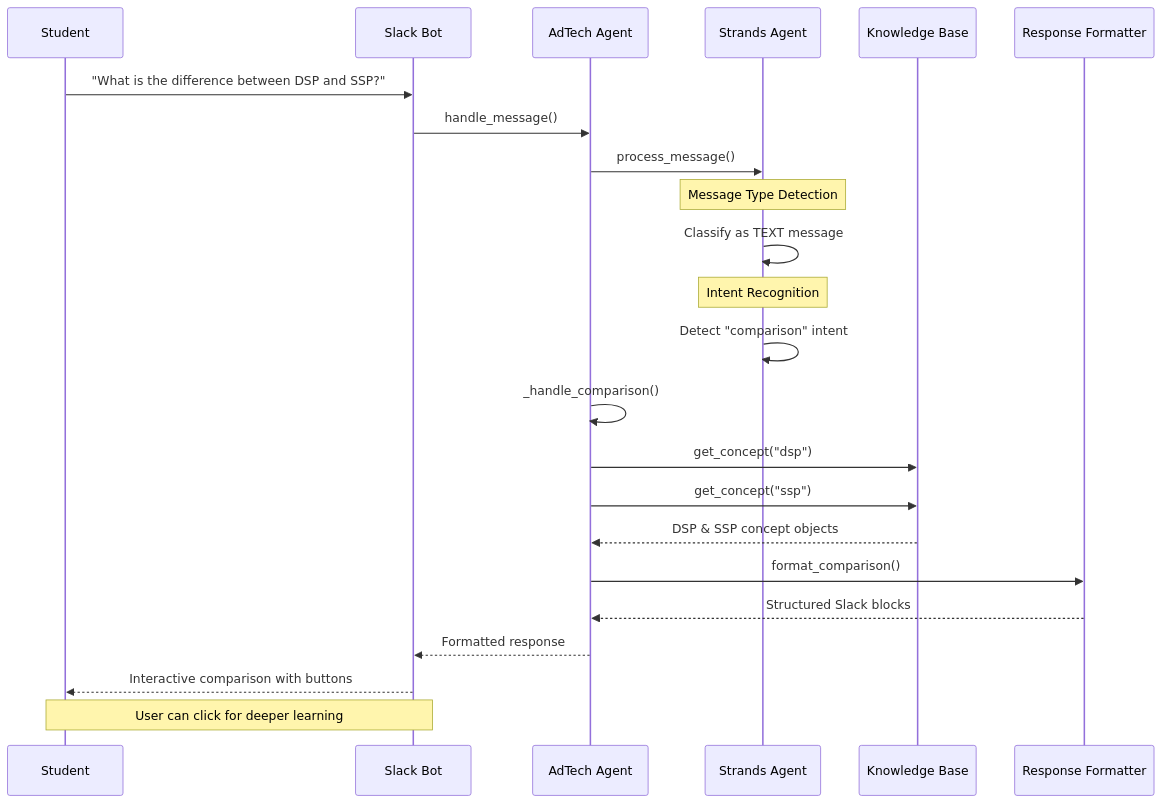
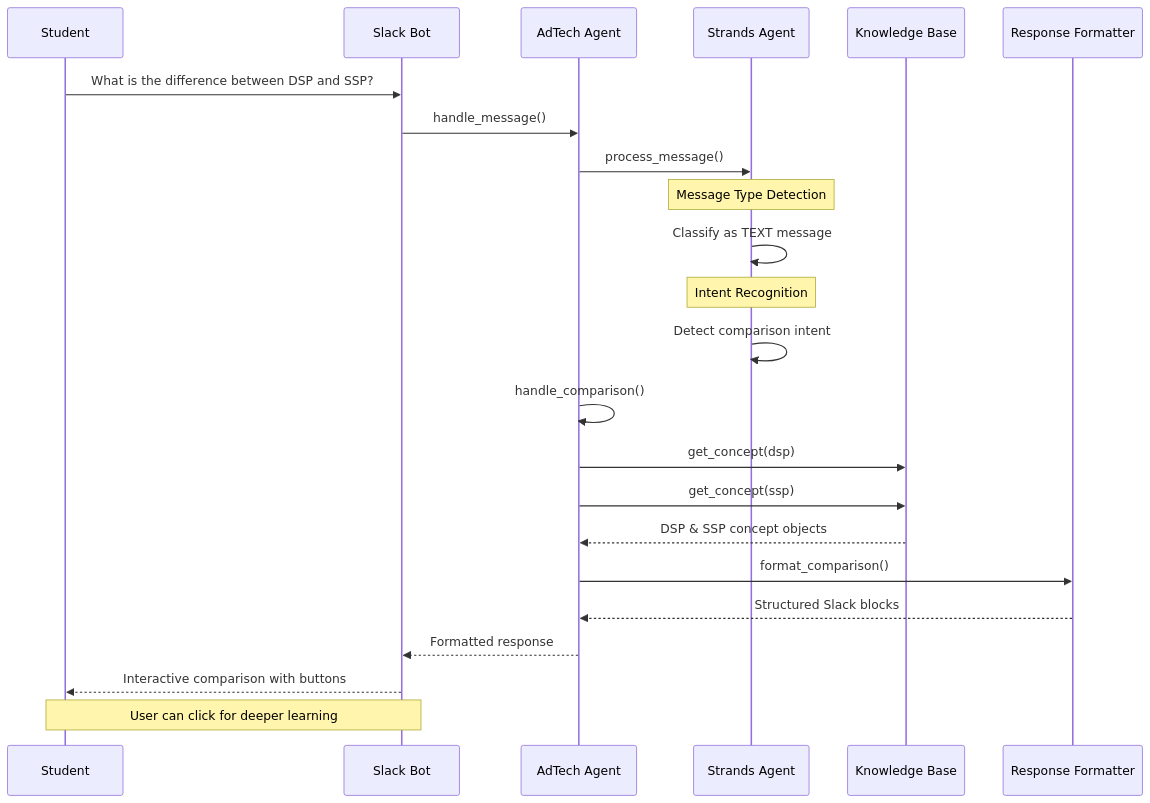
The third of 14 diagrams in blog_post.md (bkeelapudi/Adtech-tech-teaching-assistant), drawn with Mermaid before and after one commit. The commit also changed other lines of this file, not shown here.

````diff
--- a/blog_post.md
+++ b/blog_post.md
@@ -133,32 +133,32 @@
 ```mermaid
 sequenceDiagram
     participant U as Student
     participant S as Slack Bot
     participant A as AdTech Agent
     participant SA as Strands Agent
     participant KB as Knowledge Base
     participant RF as Response Formatter
     
-    U->>S: "What is the difference between DSP and SSP?"
+    U->>S: What is the difference between DSP and SSP?
     S->>A: handle_message()
     A->>SA: process_message()
     
     Note over SA: Message Type Detection
     SA->>SA: Classify as TEXT message
     
     Note over SA: Intent Recognition
-    SA->>SA: Detect "comparison" intent
+    SA->>SA: Detect comparison intent
     
-    A->>A: _handle_comparison()
-    A->>KB: get_concept("dsp")
-    A->>KB: get_concept("ssp")
+    A->>A: handle_comparison()
+    A->>KB: get_concept(dsp)
+    A->>KB: get_concept(ssp)
     KB-->>A: DSP & SSP concept objects
     
     A->>RF: format_comparison()
     RF-->>A: Structured Slack blocks
     
     A-->>S: Formatted response
     S-->>U: Interactive comparison with buttons
     
     Note over U,S: User can click for deeper learning
 ```
````
